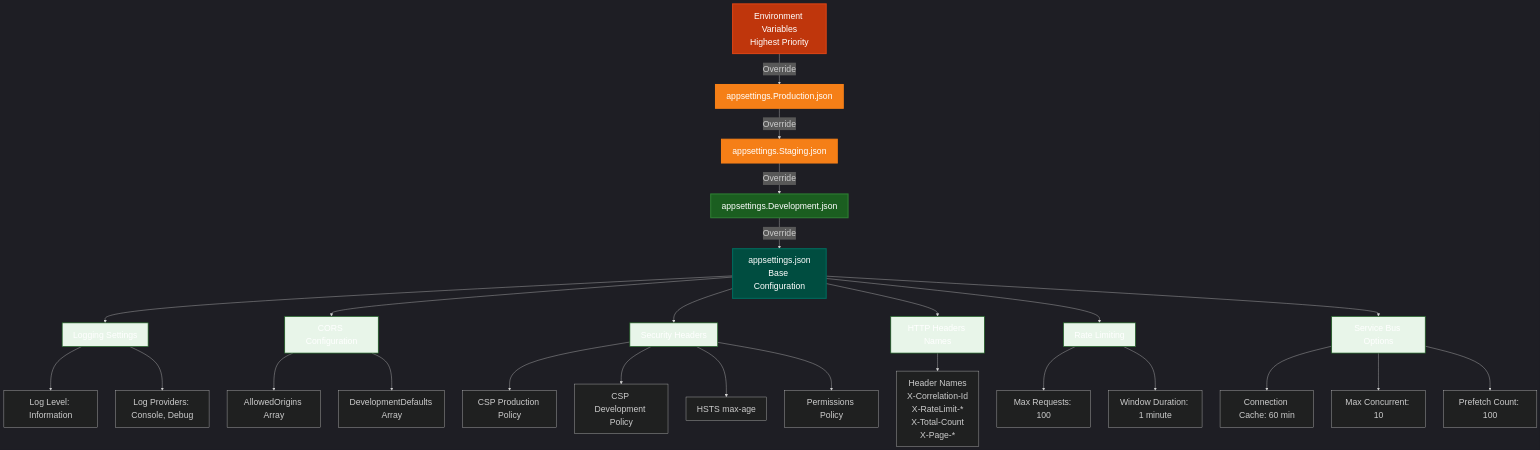
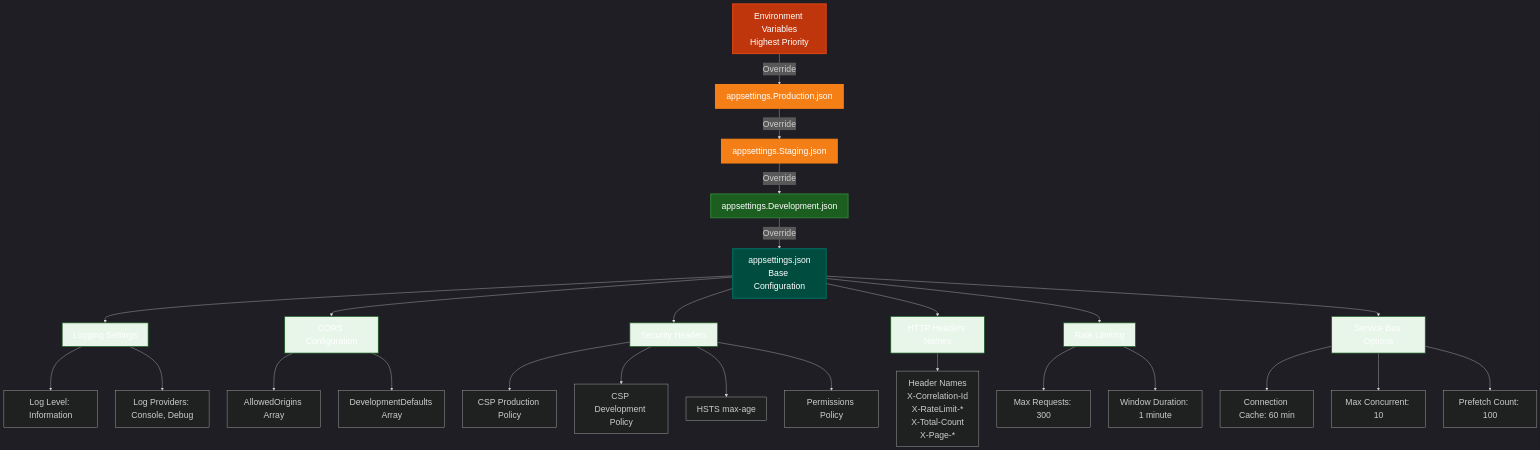
Diagram 11 of 12 in services/api/ARCHITECTURE.md (debdevops/servicehub), drawn with Mermaid before and after one commit. The commit also changed other lines of this file and 9 other files, not shown here.

First line of the commit message:
Enhance documentation and security measures; refactor architecture for multi-cloud support

````diff
--- a/services/api/ARCHITECTURE.md
+++ b/services/api/ARCHITECTURE.md
@@ -616,47 +629,47 @@
 ```mermaid
 %%{init: {'theme':'dark', 'themeVariables': { 'fontSize':'24px', 'primaryTextColor':'#ffffff'}}}%%
 graph TD
     A["Environment Variables<br/>Highest Priority"] -->|Override| B["appsettings.Production.json"]
     B -->|Override| C["appsettings.Staging.json"]
     C -->|Override| D["appsettings.Development.json"]
     D -->|Override| E["appsettings.json<br/>Base Configuration"]
 
     E --> F["Logging Settings"]
     E --> G["CORS Configuration"]
     E --> H["Security Headers"]
     E --> I["HTTP Headers Names"]
     E --> J["Rate Limiting"]
     E --> K["Service Bus Options"]
 
     F --> L["Log Level: Information"]
     F --> M["Log Providers: Console, Debug"]
 
     G --> N["AllowedOrigins Array"]
     G --> O["DevelopmentDefaults Array"]
 
     H --> P["CSP Production Policy"]
     H --> Q["CSP Development Policy"]
     H --> R["HSTS max-age"]
     H --> S["Permissions Policy"]
 
     I --> T["Header Names<br/>X-Correlation-Id<br/>X-RateLimit-*<br/>X-Total-Count<br/>X-Page-*"]
 
-    J --> U["Max Requests: 100"]
+    J --> U["Max Requests: 300"]
     J --> V["Window Duration: 1 minute"]
 
     K --> W["Connection Cache: 60 min"]
     K --> X["Max Concurrent: 10"]
     K --> Y["Prefetch Count: 100"]
 
     style A fill:#bf360c,stroke:#d84315,stroke-width:3px,color:#fff
     style B fill:#f57f17,stroke:#f57f17,stroke-width:3px,color:#fff
     style C fill:#f57f17,stroke:#f57f17,stroke-width:3px,color:#fff
     style D fill:#1b5e20,stroke:#2e7d32,stroke-width:3px,color:#fff
     style E fill:#004d40,stroke:#00695c,stroke-width:3px,color:#fff
     style F fill:#e8f5e9,stroke:#1b5e20,stroke-width:2px,color:#fff
     style G fill:#e8f5e9,stroke:#1b5e20,stroke-width:2px,color:#fff
     style H fill:#e8f5e9,stroke:#1b5e20,stroke-width:2px,color:#fff
     style I fill:#e8f5e9,stroke:#1b5e20,stroke-width:2px,color:#fff
     style J fill:#e8f5e9,stroke:#1b5e20,stroke-width:2px,color:#fff
     style K fill:#e8f5e9,stroke:#1b5e20,stroke-width:2px,color:#fff
 ```
````
